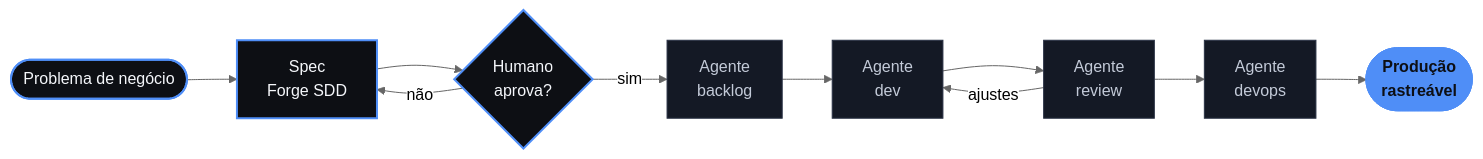
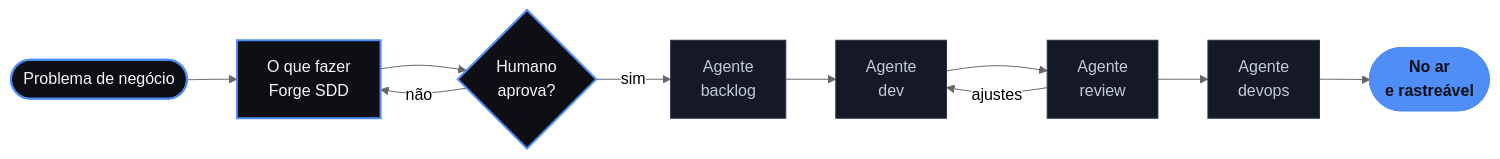
One commit to nathanramorim/nathanramorim changed the diagram in README.md. Above: the diagram before and after it, drawn with Mermaid (neutral theme). The commit also changed other lines of this file, not shown here.

````diff
--- a/README.md
+++ b/README.md
@@ -35,19 +35,19 @@
 ```mermaid
 flowchart LR
-    A([Problema de negócio]) --> B[Spec<br/>Forge SDD]
+    A([Problema de negócio]) --> B[O que fazer<br/>Forge SDD]
     B --> C{Humano<br/>aprova?}
     C -- não --> B
     C -- sim --> D[Agente<br/>backlog]
     D --> E[Agente<br/>dev]
     E --> F[Agente<br/>review]
     F -- ajustes --> E
     F --> G[Agente<br/>devops]
-    G --> H([Produção<br/>rastreável])
+    G --> H([No ar<br/>e rastreável])
 
     classDef human fill:#0d0f14,stroke:#4f8ef7,color:#f5f7fb,stroke-width:2px;
     classDef agent fill:#141925,stroke:#2a3245,color:#c3cad8;
     classDef done fill:#4f8ef7,stroke:#4f8ef7,color:#0d0f14,font-weight:bold;
     class A,B,C human;
     class D,E,F,G agent;
     class H done;
 ```
````
